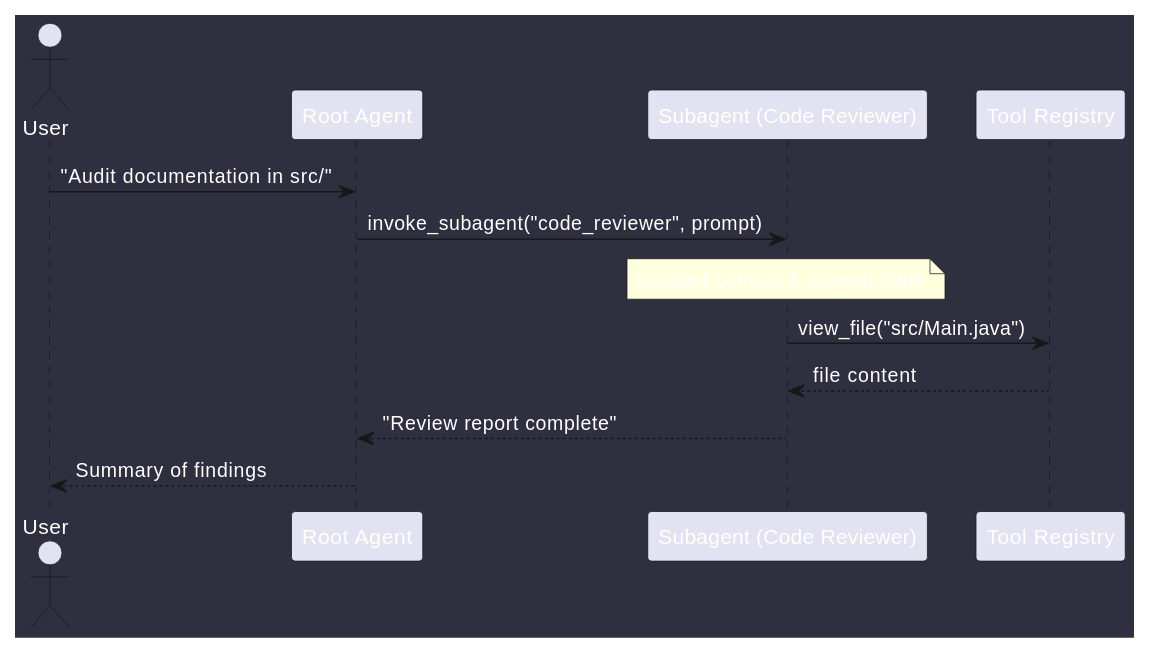
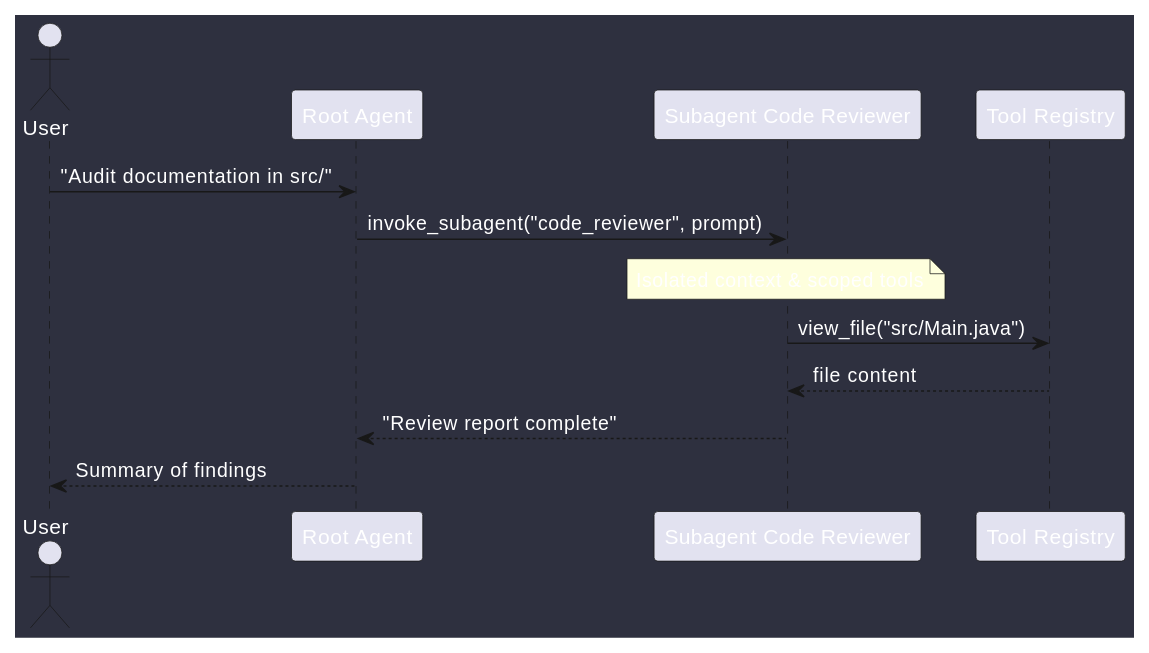
One commit to mlecabellec/omniwrench changed the third of 4 diagrams in doc/docs/reports/antigravity_sdk_analysis.md. Above: the diagram before and after it, drawn with PlantUML. The commit also changed other lines of this file and 2 other files, not shown here.

````diff
--- a/doc/docs/reports/antigravity_sdk_analysis.md
+++ b/doc/docs/reports/antigravity_sdk_analysis.md
@@ -218,19 +217,19 @@
 ```plantuml
 @startuml
 skinparam backgroundColor #2e303f
 skinparam defaultFontColor #ffffff
 
 actor User
 participant "Root Agent" as Root
-participant "Subagent (Code Reviewer)" as Sub
+participant "Subagent Code Reviewer" as Sub
 participant "Tool Registry" as Tools
 
 User -> Root: "Audit documentation in src/"
 Root -> Sub: invoke_subagent("code_reviewer", prompt)
 note over Sub: Isolated context & scoped tools
 Sub -> Tools: view_file("src/Main.java")
 Tools --> Sub: file content
 Sub --> Root: "Review report complete"
 Root --> User: Summary of findings
 @enduml
 ```
````
